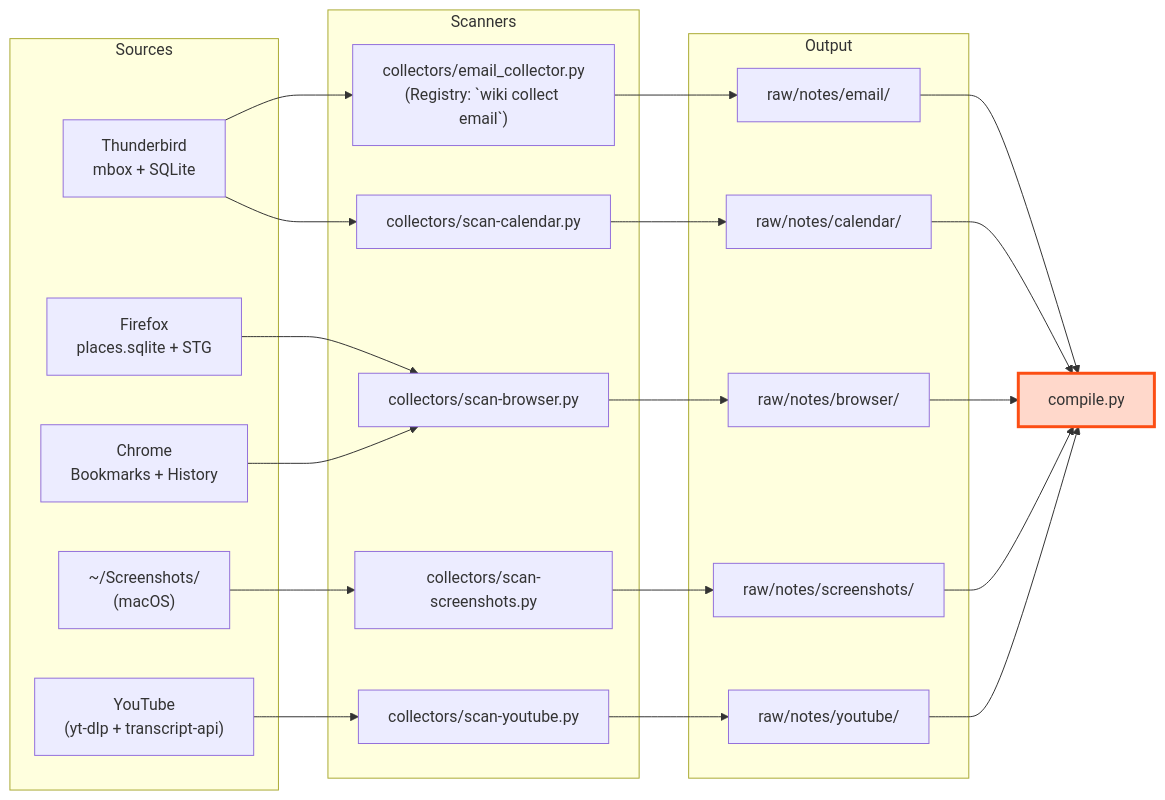
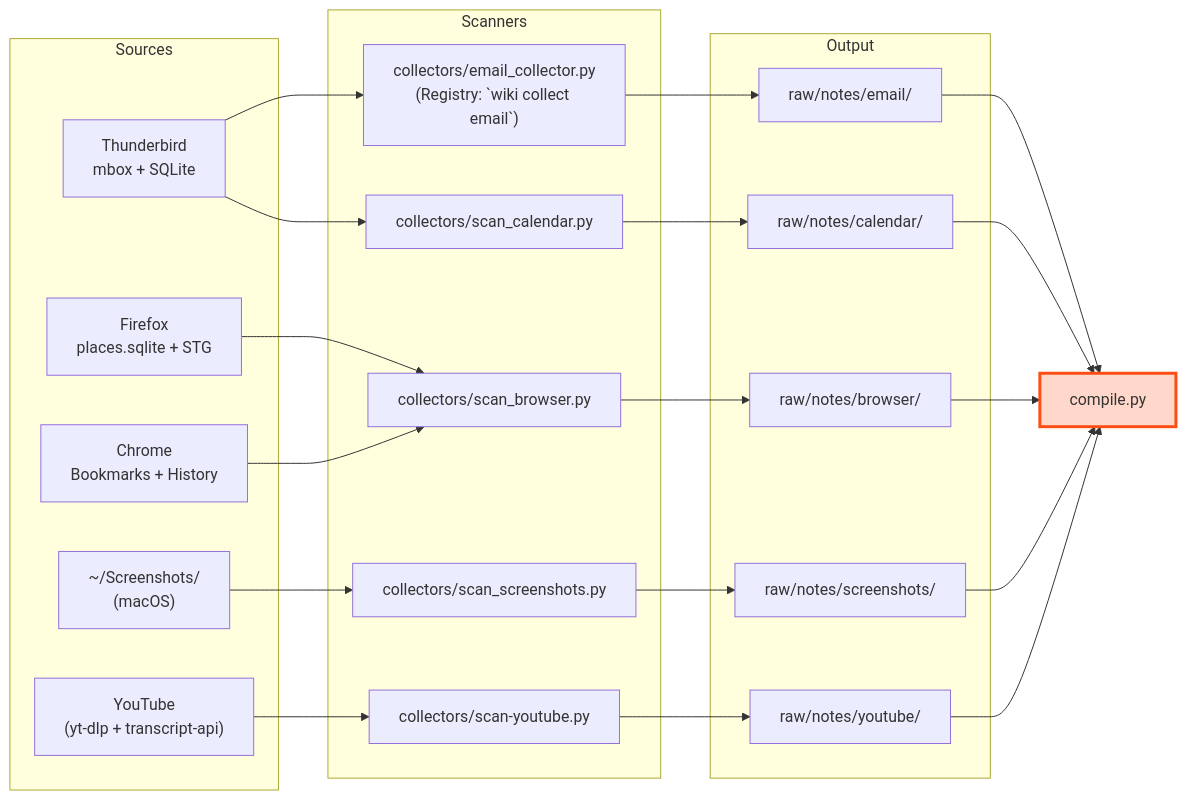
Before and after one commit to lx-0/llm-wiki: the fourth of 10 diagrams in docs/PROCESS.md, drawn with Mermaid. The commit also changed other lines of this file and 11 other files, not shown here.

First line of the commit message:
feat(collectors): port scan-screenshots + ship config-key migration

````diff
--- a/docs/PROCESS.md
+++ b/docs/PROCESS.md
@@ -309,41 +309,41 @@
 ```mermaid
 flowchart LR
     subgraph Sources
         TB["Thunderbird\nmbox + SQLite"]
         FF["Firefox\nplaces.sqlite + STG"]
         CH["Chrome\nBookmarks + History"]
         SS["~/Screenshots/\n(macOS)"]
         YT["YouTube\n(yt-dlp + transcript-api)"]
     end
 
     subgraph Scanners
         SE["collectors/email_collector.py\n(Registry: `wiki collect email`)"]
-        SC["collectors/scan-calendar.py"]
-        SB["collectors/scan-browser.py"]
-        SCR["collectors/scan-screenshots.py"]
+        SC["collectors/scan_calendar.py"]
+        SB["collectors/scan_browser.py"]
+        SCR["collectors/scan_screenshots.py"]
         SY["collectors/scan-youtube.py"]
     end
 
     subgraph Output
         RE["raw/notes/email/"]
         RC["raw/notes/calendar/"]
         RB["raw/notes/browser/"]
         RS["raw/notes/screenshots/"]
         RY["raw/notes/youtube/"]
     end
 
     TB --> SE --> RE
     TB --> SC --> RC
     FF --> SB --> RB
     CH --> SB
     SS --> SCR --> RS
     YT --> SY --> RY
 
     RE --> COMPILE["compile.py"]
     RC --> COMPILE
     RB --> COMPILE
     RS --> COMPILE
     RY --> COMPILE
 
     style COMPILE fill:#FFD8CB,stroke:#FC4E14,stroke-width:3px
 ```
````
